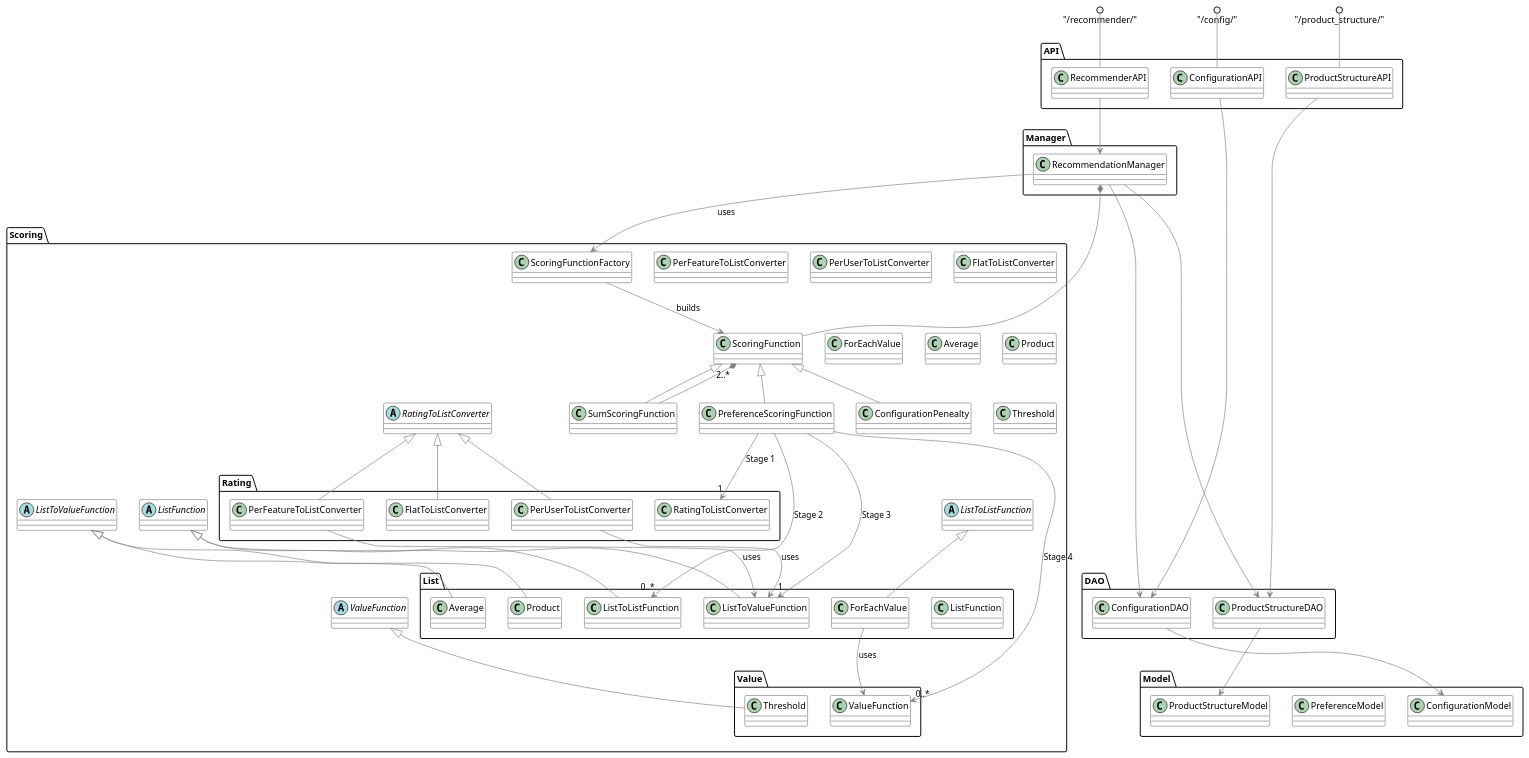
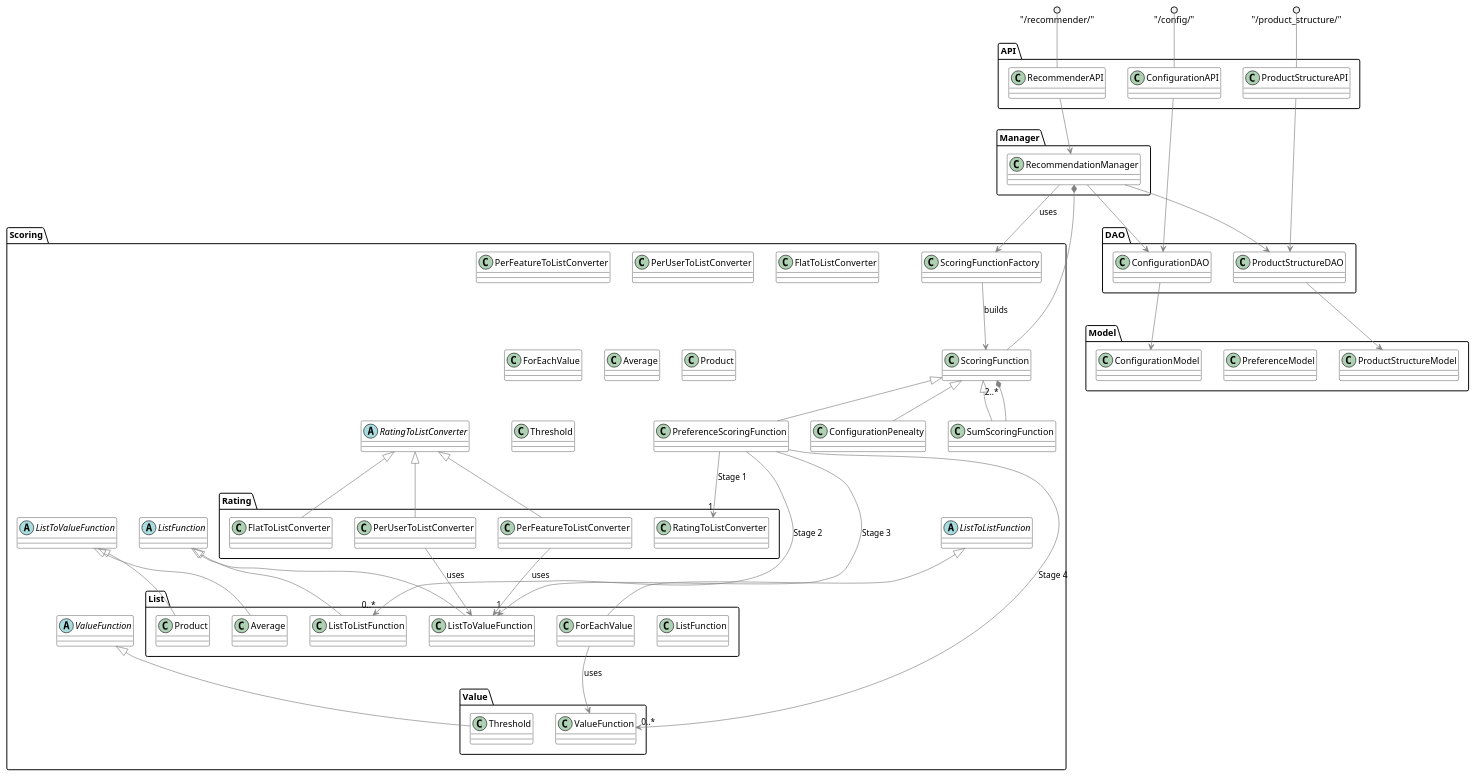
The diagram in Additional_Notes/class_diagram.plantuml (13hannes11/bachelor_thesis), drawn with PlantUML before and after one commit.

Commit message:
remove hidden connection to get better layouting

```diff
--- a/Additional_Notes/class_diagram.plantuml
+++ b/Additional_Notes/class_diagram.plantuml
@@ -1,160 +1,158 @@
 @startuml
 
 skinparam class {
 	BackgroundColor White
 	ArrowColor Grey
 	BorderColor Black
 }
 skinparam shadowing false
 
 package API {
     class ConfigurationAPI
     class RecommenderAPI
     class ProductStructureAPI
 }
 "/config/" ()-- ConfigurationAPI
 "/recommender/" ()-- RecommenderAPI
 "/product_structure/" ()-- ProductStructureAPI
 
 package Manager {
     class RecommendationManager
 }
 
 package Model{
     class ConfigurationModel
     class PreferenceModel
     class ProductStructureModel
 }
 
 package DAO {
     class ConfigurationDAO
     class ProductStructureDAO
 }
 
 package Scoring {  
     
     
 
     package List {
         class ListFunction
         class ListToListFunction
         class ListToValueFunction
         class Average
         class Product
         class ForEachValue
     }
 
     package Value {
         class ValueFunction
         class Threshold
     }
 
     package Rating {
         class RatingToListConverter
         class FlatToListConverter
         class PerUserToListConverter
         class PerFeatureToListConverter
     }
 
     class ScoringFunctionFactory{
 
     }
     ScoringFunctionFactory --> ScoringFunction : builds
 
 
     PreferenceScoringFunction --> "1" RatingToListConverter : Stage 1
     PreferenceScoringFunction --> "0..*" ListToListFunction : Stage 2
     PreferenceScoringFunction --> "1" ListToValueFunction : Stage 3
     PreferenceScoringFunction --> "0..*" ValueFunction : Stage 4
 
     ScoringFunction <|-- PreferenceScoringFunction
     class PreferenceScoringFunction{
 
     }
     ScoringFunction <|-- ConfigurationPenealty
     class ConfigurationPenealty{
 
     }
     ScoringFunction <|-- SumScoringFunction
     SumScoringFunction --* "2..*" ScoringFunction
     class SumScoringFunction{
 
     }
 
     abstract class RatingToListConverter {
 
     }
 
     RatingToListConverter <|-- PerFeatureToListConverter
     PerFeatureToListConverter --> ListToValueFunction :uses
     class PerFeatureToListConverter {
 
     }
     RatingToListConverter <|-- PerUserToListConverter
     PerUserToListConverter --> ListToValueFunction :uses
     class PerUserToListConverter {
 
     }
     RatingToListConverter <|-- FlatToListConverter
     class FlatToListConverter {
 
     }
  
     abstract class ListFunction {
 
     }
 
     ListFunction <|-- ListToListFunction
     abstract class ListToListFunction {
 
     }
 
     ListToListFunction <|-- ForEachValue
     ForEachValue --> ValueFunction:uses
     class ForEachValue {
 
     }
 
 
     ListFunction <|-- ListToValueFunction
     abstract class ListToValueFunction {
         
     }
 
     ListToValueFunction <|-- Average
     class Average {
         
     }
     ListToValueFunction <|-- Product
     class Product {
 
     }
 
     abstract class ValueFunction{
 
     }
 
     ValueFunction <|-- Threshold
     class Threshold {
         
     }
 }
 
 RecommendationManager *-- ScoringFunction
 
 ConfigurationAPI --> ConfigurationDAO
 ProductStructureAPI --> ProductStructureDAO
 RecommenderAPI --> RecommendationManager
 
 RecommendationManager --> ProductStructureDAO
 RecommendationManager --> ConfigurationDAO
 RecommendationManager --> ScoringFunctionFactory :uses
-ScoringFunction --[hidden]--> ConfigurationDAO
-
 
 
 ConfigurationDAO --> ConfigurationModel
 ProductStructureDAO --> ProductStructureModel
 
 
 @enduml
```
